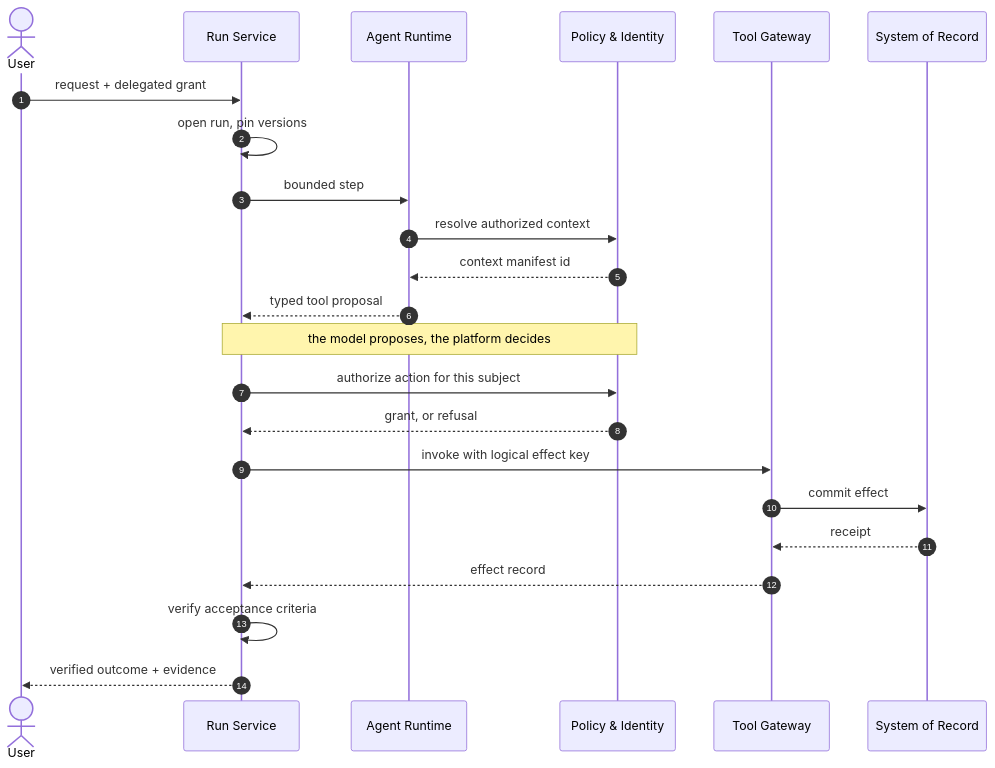
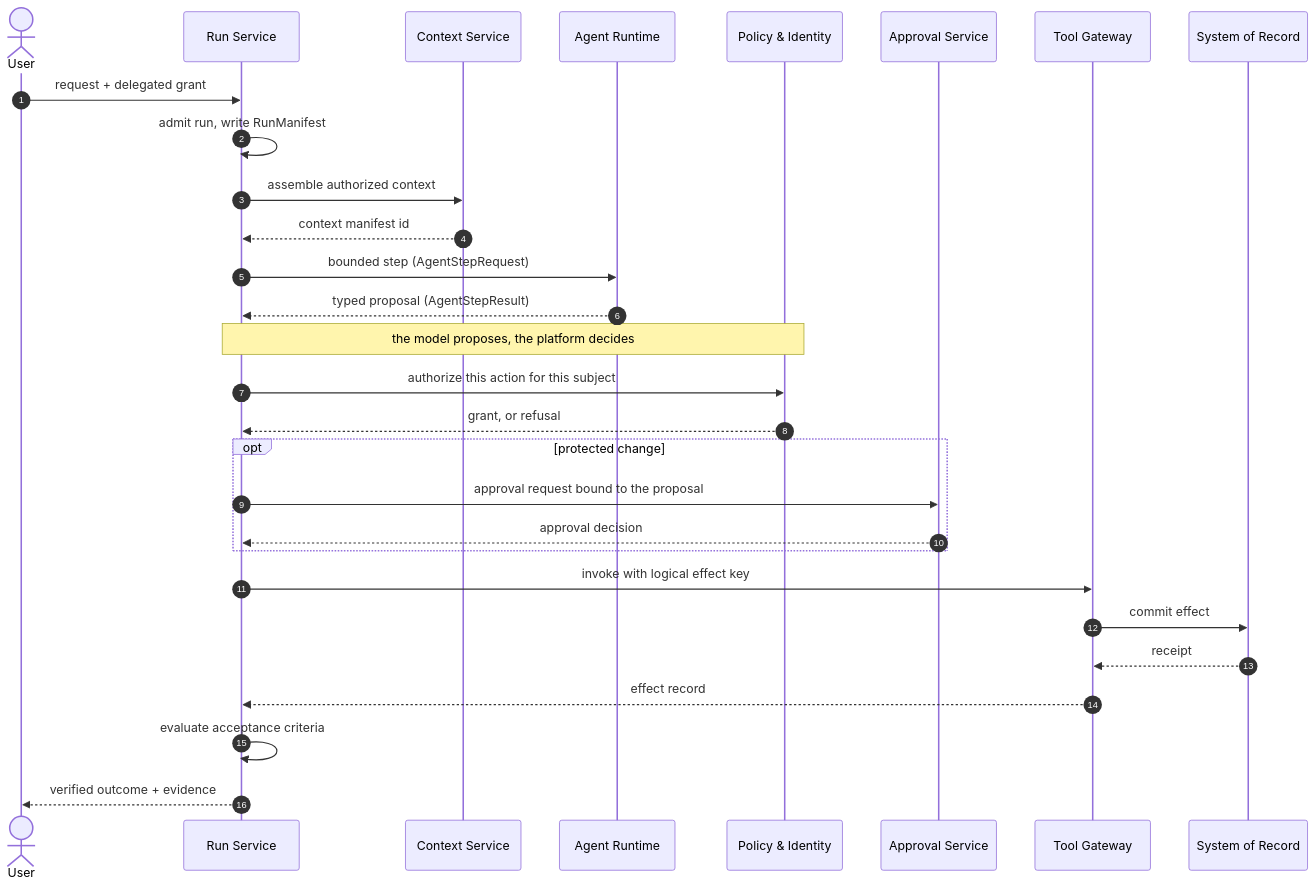
Before and after one commit to rrahimi-uci/building-enterprise-general-intelligence: the diagram in assets/diagrams/src/request-sequence.mmd, drawn with Mermaid. The commit also changed 40 other files, not shown here.

```diff
--- a/assets/diagrams/src/request-sequence.mmd
+++ b/assets/diagrams/src/request-sequence.mmd
@@ -1,27 +1,34 @@
 %% Figure 4-2 — Request to verified outcome.
-%% Message: every hop is authorized and recorded; the model proposes, the
-%% platform decides, and the effect is proven before the answer is returned.
+%% Message: every hop is authorized and recorded; context is assembled and
+%% authorized before the bounded step runs; the model proposes, the platform
+%% decides, and the effect is proven before the answer is returned.
 sequenceDiagram
     autonumber
     actor User
     participant Run as Run Service
+    participant Ctx as Context Service
     participant Agent as Agent Runtime
     participant Pol as Policy & Identity
+    participant Appr as Approval Service
     participant Tool as Tool Gateway
     participant Sys as System of Record
 
     User->>Run: request + delegated grant
-    Run->>Run: open run, pin versions
-    Run->>Agent: bounded step
-    Agent->>Pol: resolve authorized context
-    Pol-->>Agent: context manifest id
-    Agent-->>Run: typed tool proposal
+    Run->>Run: admit run, write RunManifest
+    Run->>Ctx: assemble authorized context
+    Ctx-->>Run: context manifest id
+    Run->>Agent: bounded step (AgentStepRequest)
+    Agent-->>Run: typed proposal (AgentStepResult)
     Note over Run,Pol: the model proposes, the platform decides
-    Run->>Pol: authorize action for this subject
+    Run->>Pol: authorize this action for this subject
     Pol-->>Run: grant, or refusal
+    opt protected change
+        Run->>Appr: approval request bound to the proposal
+        Appr-->>Run: approval decision
+    end
     Run->>Tool: invoke with logical effect key
     Tool->>Sys: commit effect
     Sys-->>Tool: receipt
     Tool-->>Run: effect record
-    Run->>Run: verify acceptance criteria
+    Run->>Run: evaluate acceptance criteria
     Run-->>User: verified outcome + evidence
```
